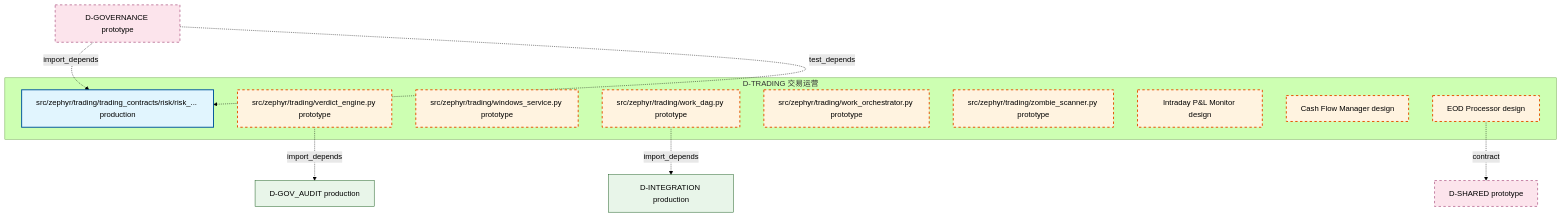
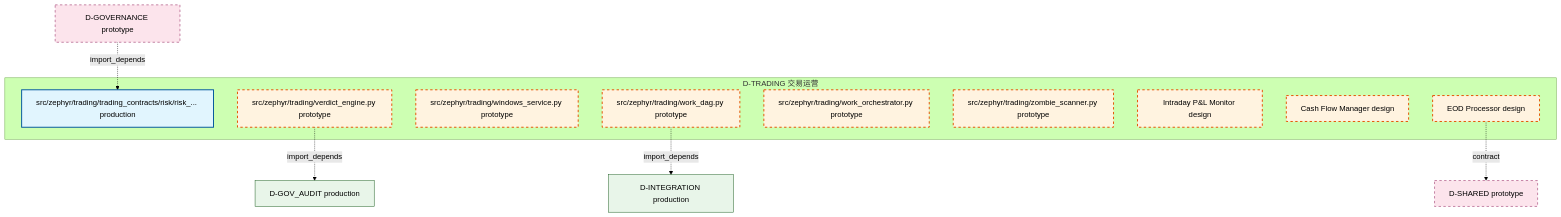
One commit to xuanFelixVan/ZephyrAlpha changed the ninth of 9 diagrams in docs/02_enterprise_architecture/02_domain_architecture_docs/53_d_trading.md. Above: the diagram before and after it, drawn with Mermaid (forest theme). The commit also changed other lines of this file and 187 other files, not shown here.

````diff
--- a/docs/02_enterprise_architecture/02_domain_architecture_docs/53_d_trading.md
+++ b/docs/02_enterprise_architecture/02_domain_architecture_docs/53_d_trading.md
@@ -961,31 +961,30 @@
 ```mermaid
 graph TD
     subgraph D_TRADING["D-TRADING 交易运营"]
         src_zephyr_trading_trading_contracts_risk_risk_validator_protocol_py["src/zephyr/trading/trading_contracts/risk/risk_... production"]
         src_zephyr_trading_verdict_engine_py["src/zephyr/trading/verdict_engine.py prototype"]
         src_zephyr_trading_windows_service_py["src/zephyr/trading/windows_service.py prototype"]
         src_zephyr_trading_work_dag_py["src/zephyr/trading/work_dag.py prototype"]
         src_zephyr_trading_work_orchestrator_py["src/zephyr/trading/work_orchestrator.py prototype"]
         src_zephyr_trading_zombie_scanner_py["src/zephyr/trading/zombie_scanner.py prototype"]
         D_TRADING_06["Intraday P&L Monitor design"]
         D_TRADING_12["Cash Flow Manager design"]
         D_TRADING_04["EOD Processor design"]
     end
     D_SHARED["D-SHARED prototype"]
     D_TRADING_04 -.->|contract| D_SHARED
     D_GOV_AUDIT["D-GOV_AUDIT production"]
     src_zephyr_trading_verdict_engine_py -.->|import_depends| D_GOV_AUDIT
     D_INTEGRATION["D-INTEGRATION production"]
     src_zephyr_trading_work_dag_py -.->|import_depends| D_INTEGRATION
     D_GOVERNANCE["D-GOVERNANCE prototype"]
     D_GOVERNANCE -.->|import_depends| src_zephyr_trading_trading_contracts_risk_risk_validator_protocol_py
-    D_GOVERNANCE -.->|test_depends| src_zephyr_trading_trading_contracts_risk_risk_validator_protocol_py
     classDef production fill:#e1f5fe,stroke:#01579b,stroke-width:2px,color:#000
     classDef design fill:#fff3e0,stroke:#e65100,stroke-width:2px,color:#000,stroke-dasharray: 5 5
     classDef external_prod fill:#e8f5e9,stroke:#1b5e20,stroke-width:1px,color:#000
     classDef external_design fill:#fce4ec,stroke:#880e4f,stroke-width:1px,color:#000,stroke-dasharray: 5 5
     class src_zephyr_trading_trading_contracts_risk_risk_validator_protocol_py production
     class src_zephyr_trading_verdict_engine_py,src_zephyr_trading_windows_service_py,src_zephyr_trading_work_dag_py,src_zephyr_trading_work_orchestrator_py,src_zephyr_trading_zombie_scanner_py,D_TRADING_06,D_TRADING_12,D_TRADING_04 design
     class D_GOV_AUDIT,D_INTEGRATION external_prod
     class D_SHARED,D_GOVERNANCE external_design
 ```
````
